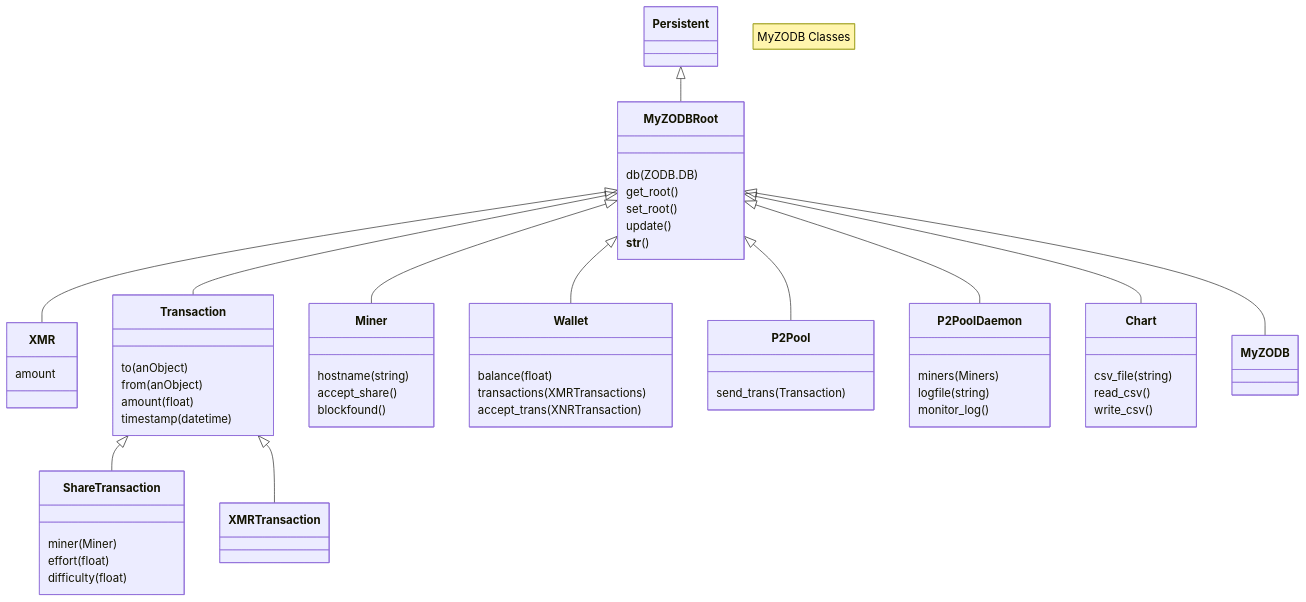
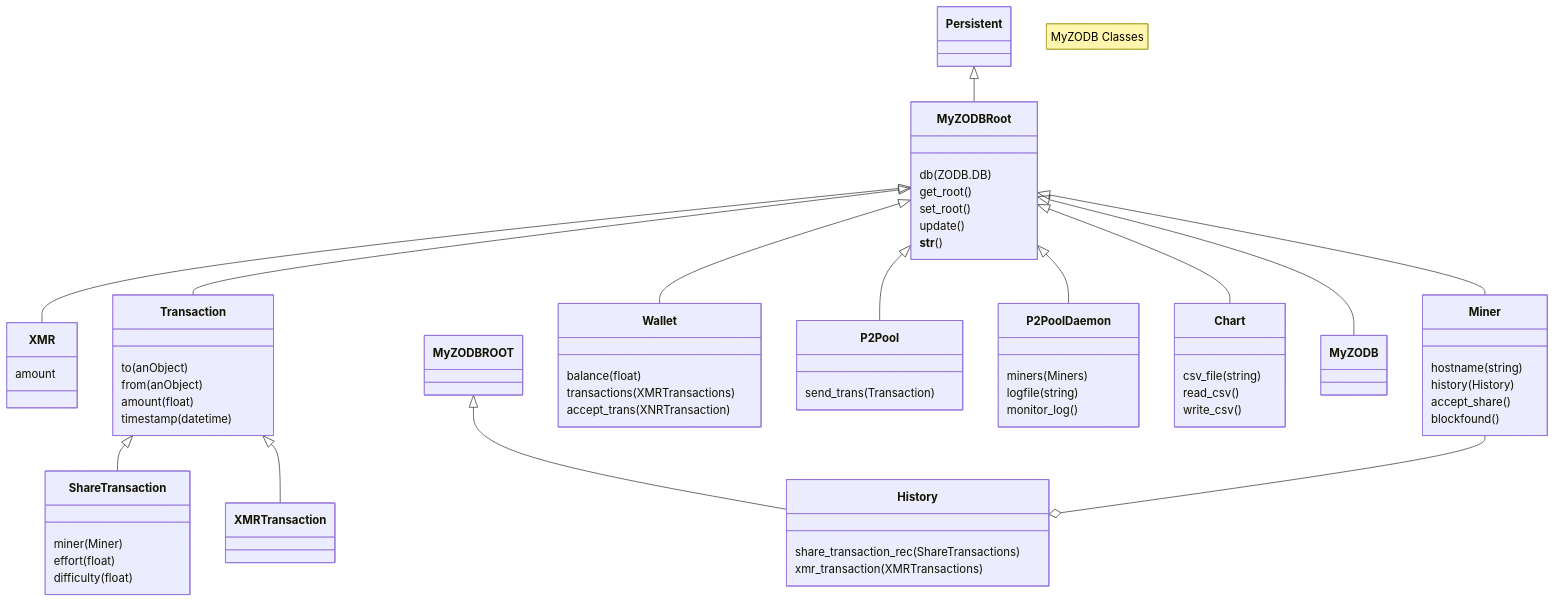
The diagram in _posts/2024-06-02-Class-Hierarchy.md (NadimGhaznavi/myzodb), drawn with Mermaid before and after one commit.

```diff
--- a/_posts/2024-06-02-Class-Hierarchy.md
+++ b/_posts/2024-06-02-Class-Hierarchy.md
@@ -8,59 +8,67 @@
 <pre class="mermaid">
     classDiagram
     note "MyZODB Classes"
     Persistent <|-- MyZODBRoot
     MyZODBRoot <|-- XMR
     MyZODBRoot <|-- Transaction
     Transaction <|-- ShareTransaction
     Transaction <|-- XMRTransaction
     MyZODBRoot <|-- Miner
     MyZODBRoot <|-- Wallet
     MyZODBRoot <|-- P2Pool
     MyZODBRoot <|-- P2PoolDaemon
     MyZODBRoot <|-- Chart
     MyZODBRoot <|-- MyZODB
+    MyZODBROOT <|-- History
+    Miner --o History
+
     class MyZODBRoot{
         db (ZODB.DB)
         get_root()
         set_root()
         update()
         __str__()
     }
     class XMR{
         amount
     }
     class Transaction{
         to (anObject) 
         from (anObject)
         amount (float)
         timestamp (datetime)
     }
     class ShareTransaction{
         miner (Miner)
         effort (float)
         difficulty (float)
     }
     class Chart{
         csv_file (string)
         read_csv()
         write_csv()
     }
+    class History{
+        share_transaction_rec (ShareTransactions)
+        xmr_transaction(XMRTransactions)
+    }
     class Miner{
         hostname (string)
+        history (History)
         accept_share()
         blockfound()
     }
     class Wallet{
         balance (float)
         transactions (XMRTransactions)
         accept_trans(XNRTransaction)
     }
     class P2Pool{
         send_trans(Transaction)
     }
     class P2PoolDaemon{
         miners (Miners)
         logfile (string)
         monitor_log()
     }
 </pre>
```
